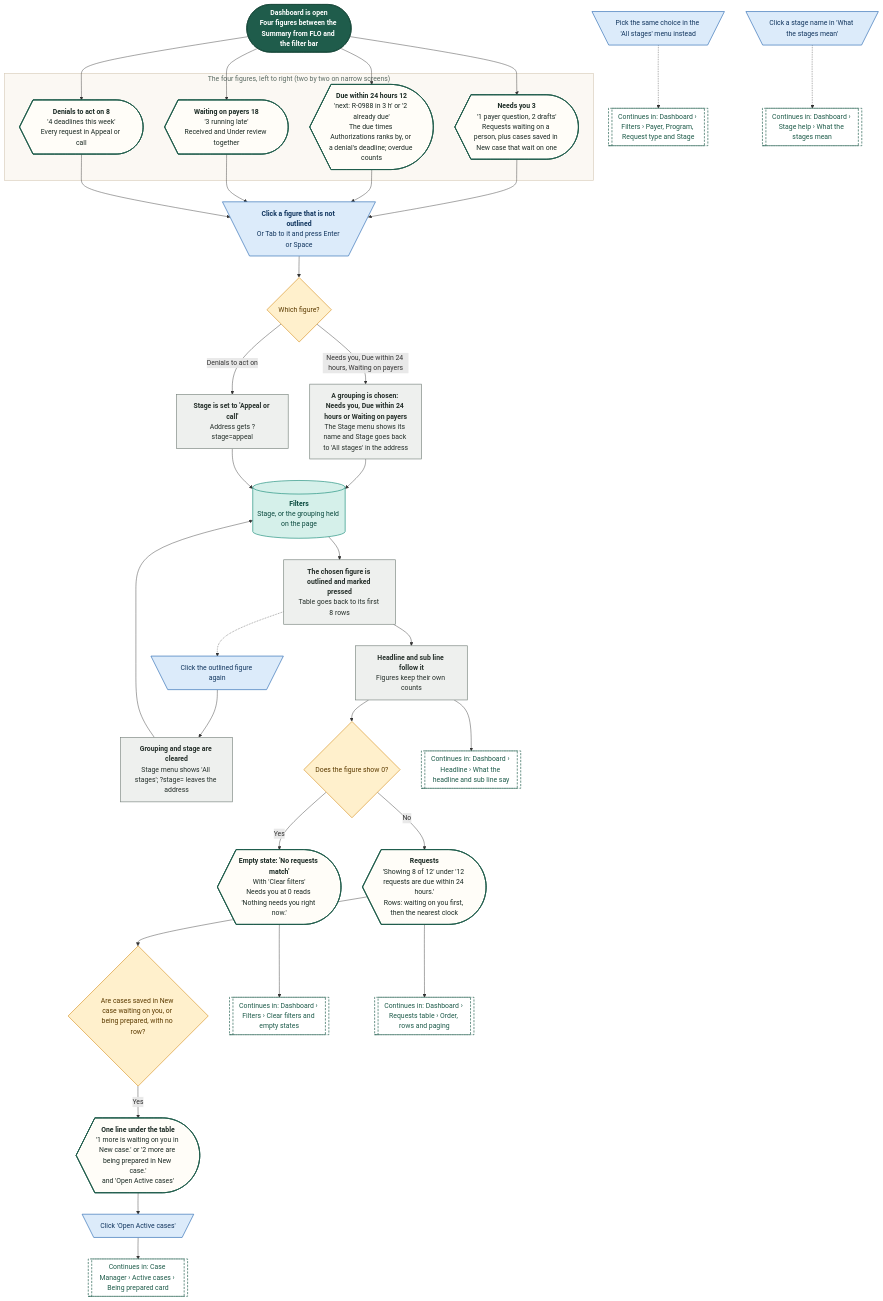
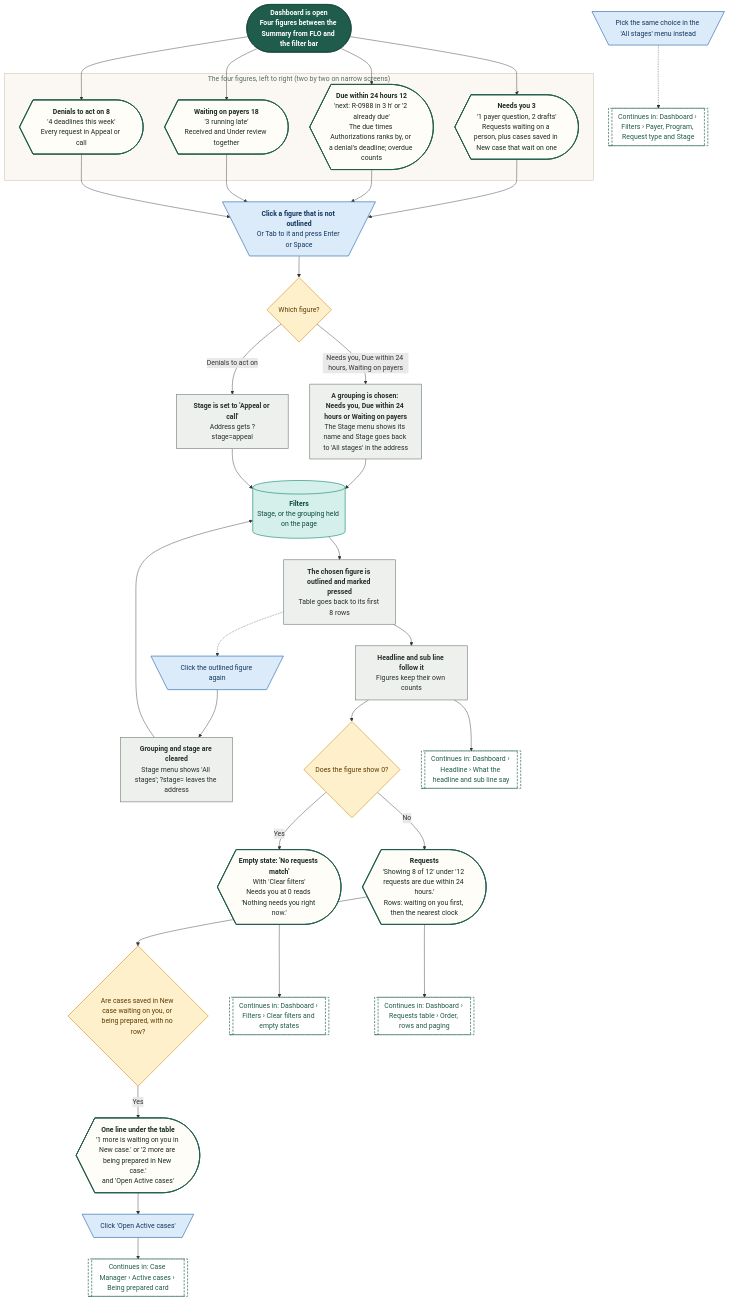
The diagram in demos/prior-auth-demo/workflows/out/mmd/02-dashboard/50-key-figures-click-a-figure.mmd (Shrav143/psyfloapp), drawn with Mermaid before and after one commit. The commit also changed 36 other files, not shown here.

First line of the commit message:
docs: diagrams and docs follow the removal of stage help, payer performance and the date range (242 diagrams)

```diff
--- a/demos/prior-auth-demo/workflows/out/mmd/02-dashboard/50-key-figures-click-a-figure.mmd
+++ b/demos/prior-auth-demo/workflows/out/mmd/02-dashboard/50-key-figures-click-a-figure.mmd
@@ -1,75 +1,72 @@
 %%{init: {"theme":"base","themeVariables":{"fontFamily":"'DM Sans', 'Segoe UI', system-ui, sans-serif","fontSize":"15px","lineColor":"#5B6B63","primaryTextColor":"#1C2B25","clusterBkg":"#FBF8F3","clusterBorder":"#D9CDBB","edgeLabelBackground":"#FFFFFF"},"flowchart":{"curve":"basis","nodeSpacing":36,"rankSpacing":48,"padding":12,"htmlLabels":true,"useMaxWidth":false,"wrappingWidth":230}} }%%
 flowchart TD
   classDef k_start fill:#1F5C4B,stroke:#174638,color:#FFFFFF,stroke-width:1.5px,font-weight:600
   classDef k_end fill:#DDEFE3,stroke:#2E7D4F,color:#14502F,stroke-width:1.5px,font-weight:600
   classDef k_endx fill:#FBE3E0,stroke:#C0392B,color:#7A1F16,stroke-width:1.5px,font-weight:600
   classDef k_screen fill:#FFFDF8,stroke:#1F5C4B,color:#1C2B25,stroke-width:2px
   classDef k_overlay fill:#F1F7F3,stroke:#1F5C4B,color:#1C2B25,stroke-width:2px,stroke-dasharray:5 3
   classDef k_click fill:#DCEBFA,stroke:#2F6DB5,color:#12365F,stroke-width:1.5px
   classDef k_input fill:#E4E7FF,stroke:#4C5FD5,color:#1D2670,stroke-width:1.5px
   classDef k_process fill:#EEF0EE,stroke:#7A857F,color:#26302B,stroke-width:1.5px
   classDef k_agent fill:#EEE5FA,stroke:#7A4FC2,color:#341A63,stroke-width:1.5px
   classDef k_decision fill:#FFF0CC,stroke:#D9962B,color:#5C3B00,stroke-width:1.5px
   classDef k_store fill:#D5F0EA,stroke:#1C8E7B,color:#0B4A3F,stroke-width:1.5px
   classDef k_doc fill:#F6E9DC,stroke:#B07A4C,color:#4A2E14,stroke-width:1.5px
   classDef k_ext fill:#FFE6D2,stroke:#E07B39,color:#6B2F06,stroke-width:1.5px
   classDef k_wait fill:#E4E8EE,stroke:#6B7C93,color:#26303D,stroke-width:1.5px
   classDef k_toast fill:#FFF9DB,stroke:#C9A400,color:#5A4A00,stroke-width:1.5px
   classDef k_goto fill:#FFFFFF,stroke:#1F5C4B,color:#1F5C4B,stroke-width:1.5px,stroke-dasharray:5 3
   s1@{ shape: stadium, label: "<b>Dashboard is open</b><br/>Four figures between the Summary from FLO and the filter bar" }
   subgraph gFig ["The four figures, left to right (two by two on narrow screens)"]
   t1@{ shape: curv-trap, label: "<b>Needs you 3</b><br/>'1 payer question, 2 drafts'<br/>Requests waiting on a person, plus cases saved in New case that wait on one" }
   t2@{ shape: curv-trap, label: "<b>Due within 24 hours 12</b><br/>'next: R-0988 in 3 h' or '2 already due'<br/>The due times Authorizations ranks by, or a denial's deadline; overdue counts" }
   t3@{ shape: curv-trap, label: "<b>Waiting on payers 18</b><br/>'3 running late'<br/>Received and Under review together" }
   t4@{ shape: curv-trap, label: "<b>Denials to act on 8</b><br/>'4 deadlines this week'<br/>Every request in Appeal or call" }
   end
   c1@{ shape: trap-t, label: "<b>Click a figure that is not outlined</b><br/>Or Tab to it and press Enter or Space" }
   c2@{ shape: trap-t, label: "Click the outlined figure again" }
   d1@{ shape: diam, label: "Which figure?" }
   p1@{ shape: rect, label: "<b>A grouping is chosen: Needs you, Due within 24 hours or Waiting on payers</b><br/>The Stage menu shows its name and Stage goes back to 'All stages' in the address" }
   p1b@{ shape: rect, label: "<b>Stage is set to 'Appeal or call'</b><br/>Address gets ?stage=appeal" }
   p2@{ shape: rect, label: "<b>Grouping and stage are cleared</b><br/>Stage menu shows 'All stages'; ?stage= leaves the address" }
   w1@{ shape: cyl, label: "<b>Filters</b><br/>Stage, or the grouping held on the page" }
   p4@{ shape: rect, label: "<b>The chosen figure is outlined and marked pressed</b><br/>Table goes back to its first 8 rows" }
   p5@{ shape: rect, label: "<b>Headline and sub line follow it</b><br/>Figures keep their own counts" }
   sc@{ shape: curv-trap, label: "<b>Requests</b><br/>'Showing 8 of 12' under '12 requests are due within 24 hours.'<br/>Rows: waiting on you first, then the nearest clock" }
   d2@{ shape: diam, label: "Does the figure show 0?" }
   em@{ shape: curv-trap, label: "<b>Empty state: 'No requests match'</b><br/>With 'Clear filters'<br/>Needs you at 0 reads 'Nothing needs you right now.'" }
   d3@{ shape: diam, label: "Are cases saved in New case waiting on you, or being prepared, with no row?" }
   ml@{ shape: curv-trap, label: "<b>One line under the table</b><br/>'1 more is waiting on you in New case.' or '2 more are being prepared in New case.'<br/>and 'Open Active cases'" }
   c3@{ shape: trap-t, label: "Click 'Open Active cases'" }
   m1@{ shape: trap-t, label: "Pick the same choice in the 'All stages' menu instead" }
-  m2@{ shape: trap-t, label: "Click a stage name in 'What the stages mean'" }
   g1@{ shape: subproc, label: "Continues in: Dashboard › Headline › What the headline and sub line say" }
   g2@{ shape: subproc, label: "Continues in: Dashboard › Filters › Clear filters and empty states" }
   g3@{ shape: subproc, label: "Continues in: Dashboard › Requests table › Order, rows and paging" }
   g4@{ shape: subproc, label: "Continues in: Dashboard › Filters › Payer, Program, Request type and Stage" }
   g5@{ shape: subproc, label: "Continues in: Case Manager › Active cases › Being prepared card" }
-  g6@{ shape: subproc, label: "Continues in: Dashboard › Stage help › What the stages mean" }
   s1 --> t1 & t2 & t3 & t4
   t1 & t2 & t3 & t4 --> c1
   c1 --> d1
   d1 -->|"Needs you, Due within 24 hours, Waiting on payers"| p1
   d1 -->|"Denials to act on"| p1b
   p4 -.-> c2
   c2 --> p2
   p1 --> w1
   p1b --> w1
   p2 --> w1
   w1 --> p4 --> p5
   p5 --> g1
   p5 --> d2
   d2 -->|"No"| sc --> g3
   d2 -->|"Yes"| em --> g2
   sc --> d3
   d3 -->|"Yes"| ml --> c3 --> g5
   m1 -.-> g4
-  m2 -.-> g6
   class s1 k_start
   class t1,t2,t3,t4,sc,em,ml k_screen
-  class c1,c2,c3,m1,m2 k_click
+  class c1,c2,c3,m1 k_click
   class d1,d2,d3 k_decision
   class p1,p1b,p2,p4,p5 k_process
   class w1 k_store
-  class g1,g2,g3,g4,g5,g6 k_goto
+  class g1,g2,g3,g4,g5 k_goto
   style gFig fill:#FBF8F3,stroke:#D9CDBB,stroke-width:1.5px,color:#5B6B63
```
